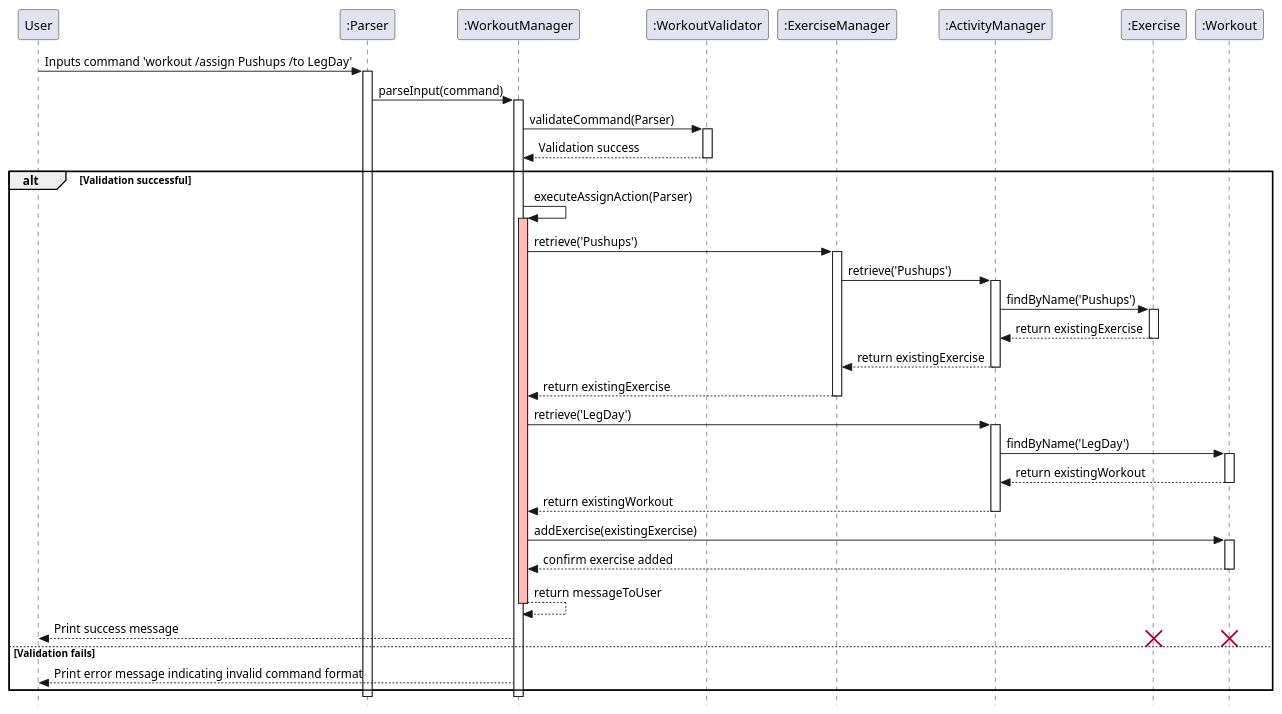
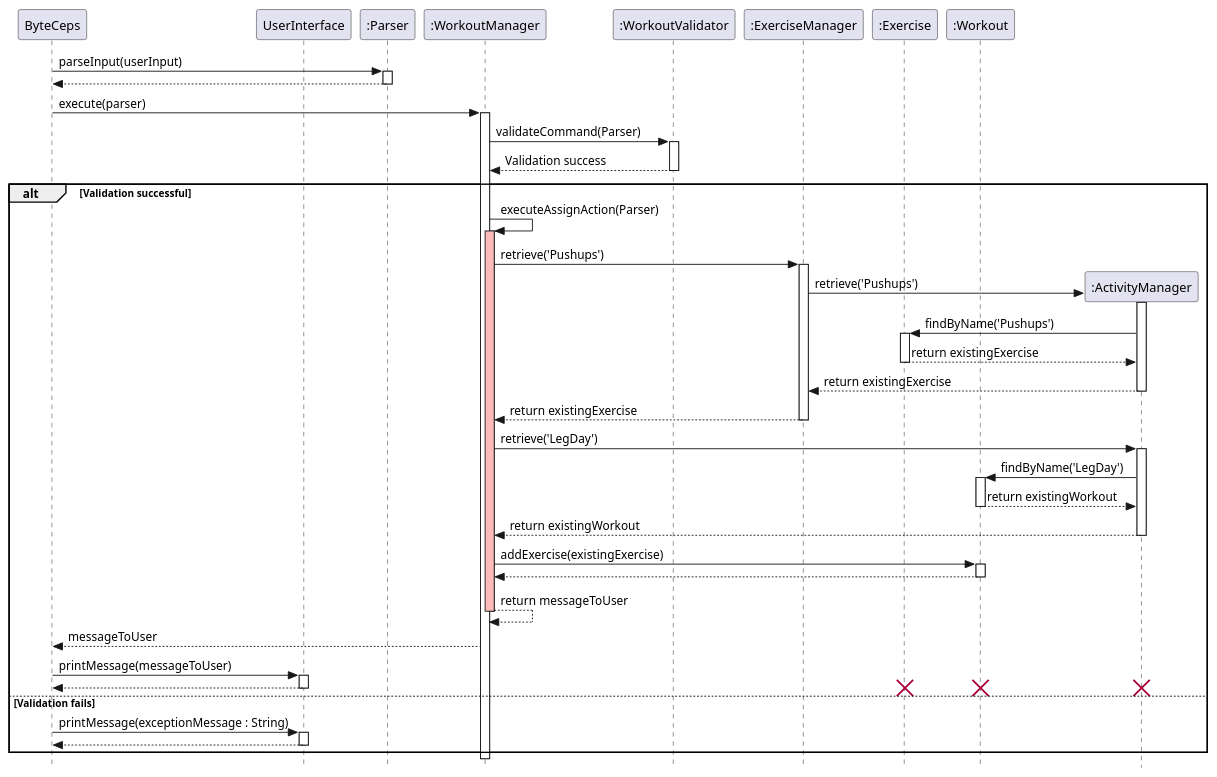
Before and after one commit to joshualeejunyi/tp: the diagram in docs/plantuml/assignExercise.puml, drawn with PlantUML. The commit also changed 7 other files, not shown here.

Commit message:
Modify sequence diagrams

```diff
--- a/docs/plantuml/assignExercise.puml
+++ b/docs/plantuml/assignExercise.puml
@@ -1,69 +1,87 @@
 @startuml SequenceDiagram
 
 skinparam classAttributeIconSize 0
 skinparam style strictuml
-participant User
+
+participant ByteCeps as User
+participant UserInterface
 participant ":Parser" as Parser
 participant ":WorkoutManager" as WorkoutManager
 participant ":WorkoutValidator" as Validator
 participant ":ExerciseManager" as ExerciseManager
-participant ":ActivityManager" as ActivityManager
 participant ":Exercise" as Exercise
 participant ":Workout" as Workout
 
-User -> Parser : Inputs command 'workout /assign Pushups /to LegDay'
+User -> Parser : parseInput(userInput)
 activate Parser
-Parser -> WorkoutManager : parseInput(command)
+User <-- Parser
+deactivate Parser
+
+User -> WorkoutManager : execute(parser)
 activate WorkoutManager
 
 WorkoutManager -> Validator : validateCommand(Parser)
 activate Validator
 Validator --> WorkoutManager : Validation success
 deactivate Validator
 
 alt Validation successful
 
     WorkoutManager -> WorkoutManager : executeAssignAction(Parser)
     activate WorkoutManager #FFBBBB
 
     WorkoutManager -> ExerciseManager : retrieve('Pushups')
     activate ExerciseManager
+    create ":ActivityManager" as ActivityManager
     ExerciseManager -> ActivityManager : retrieve('Pushups')
     activate ActivityManager
+
     ActivityManager -> Exercise : findByName('Pushups')
     activate Exercise
     Exercise --> ActivityManager : return existingExercise
     deactivate Exercise
+
     ActivityManager --> ExerciseManager : return existingExercise
     deactivate ActivityManager
     ExerciseManager --> WorkoutManager : return existingExercise
     deactivate ExerciseManager
 
     WorkoutManager -> ActivityManager : retrieve('LegDay')
     activate ActivityManager
     ActivityManager -> Workout : findByName('LegDay')
     activate Workout
+
     Workout --> ActivityManager : return existingWorkout
     deactivate Workout
     ActivityManager --> WorkoutManager : return existingWorkout
     deactivate ActivityManager
 
     WorkoutManager -> Workout : addExercise(existingExercise)
     activate Workout
-    Workout --> WorkoutManager : confirm exercise added
+    Workout --> WorkoutManager :
     deactivate Workout
 
     WorkoutManager --> WorkoutManager : return messageToUser
     deactivate WorkoutManager #FFBBBB
-    WorkoutManager --> User : Print success message
+    WorkoutManager --> User : messageToUser
+
+    User -> UserInterface: printMessage(messageToUser)
+    activate UserInterface
+    UserInterface --> User
+    deactivate UserInterface
+
     destroy Workout
     destroy Exercise
+    destroy ActivityManager
 
 else Validation fails
-    WorkoutManager --> User : Print error message indicating invalid command format
+    User -> UserInterface: printMessage(exceptionMessage : String)
+    activate UserInterface
+    UserInterface --> User:
+    deactivate UserInterface
 end
 
 deactivate WorkoutManager
 deactivate Parser
 
 @enduml
```
